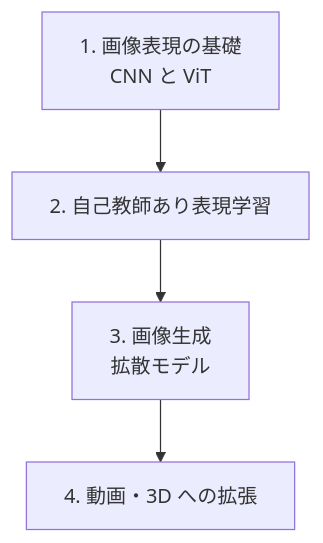
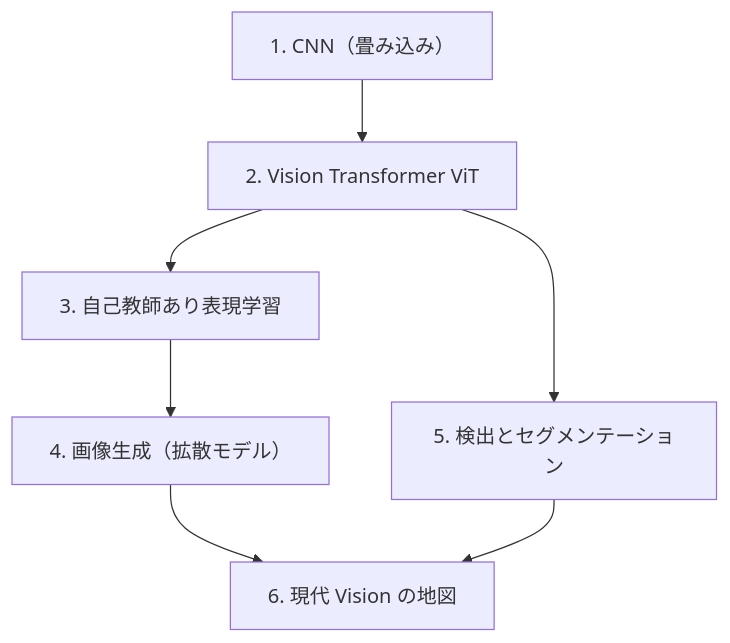
One commit to ksterx/textbook changed the diagram in src/pages/vision/index.md. Above: the diagram before and after it, drawn with Mermaid. The commit also changed other lines of this file and 16 other files, not shown here.

````diff
--- a/src/pages/vision/index.md
+++ b/src/pages/vision/index.md
@@ -26,6 +27,9 @@
 ```mermaid
 flowchart TD
-  C1[1. 画像表現の基礎<br/>CNN と ViT] --> C2[2. 自己教師あり表現学習]
-  C2 --> C3[3. 画像生成<br/>拡散モデル]
-  C3 --> C4[4. 動画・3D への拡張]
+  C1[1. CNN（畳み込み）] --> C2[2. Vision Transformer ViT]
+  C2 --> C3[3. 自己教師あり表現学習]
+  C3 --> C4[4. 画像生成（拡散モデル）]
+  C2 --> C5[5. 検出とセグメンテーション]
+  C4 --> C6[6. 現代 Vision の地図]
+  C5 --> C6
 ```
````
